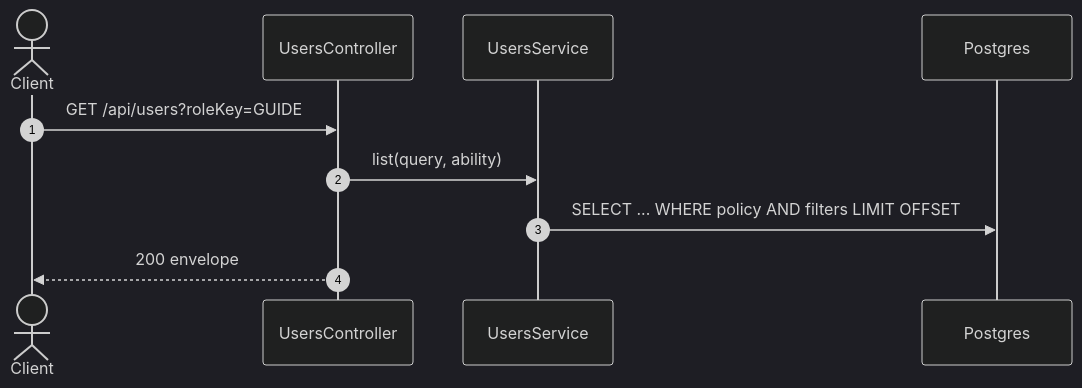
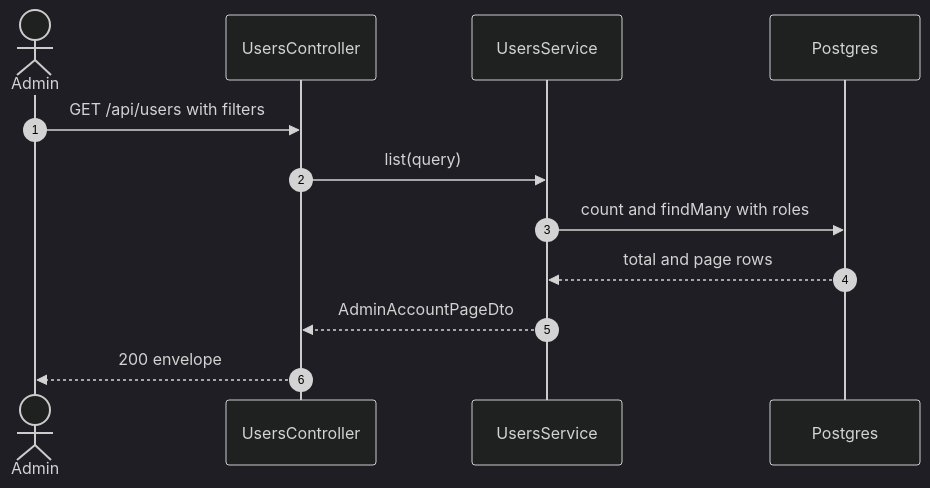
Before and after one commit to TrekLink-Team/treklink-web: the second of 2 diagrams in specs/auth/api-design/11-get-users-list.md, drawn with Mermaid (dark theme). The commit also changed other lines of this file and 13 other files, not shown here.

Commit message:
docs(TK-22): specify admin account management

````diff
--- a/specs/auth/api-design/11-get-users-list.md
+++ b/specs/auth/api-design/11-get-users-list.md
@@ -157,12 +107,14 @@
 ```mermaid
 sequenceDiagram
     autonumber
-    actor Client
+    actor Admin
     participant Controller as UsersController
     participant Service as UsersService
     participant DB as Postgres
-    Client->>Controller: GET /api/users?roleKey=GUIDE
-    Controller->>Service: list(query, ability)
-    Service->>DB: SELECT ... WHERE policy AND filters LIMIT OFFSET
-    Controller-->>Client: 200 envelope
+    Admin->>Controller: GET /api/users with filters
+    Controller->>Service: list(query)
+    Service->>DB: count and findMany with roles
+    DB-->>Service: total and page rows
+    Service-->>Controller: AdminAccountPageDto
+    Controller-->>Admin: 200 envelope
 ```
````
